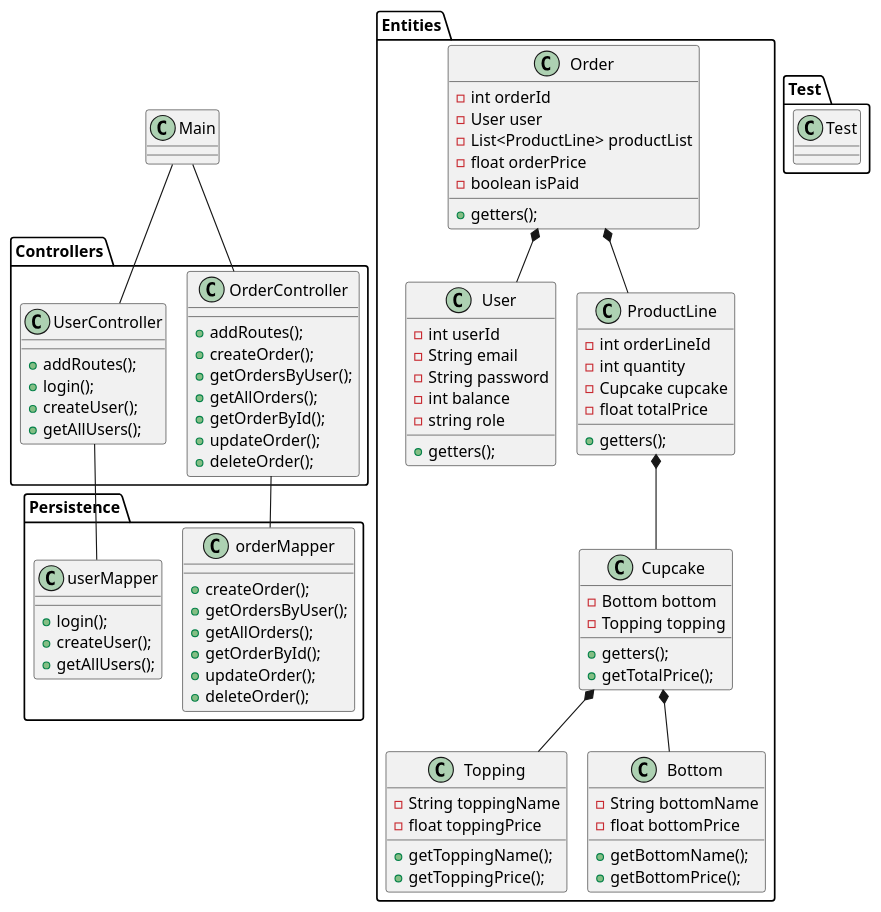
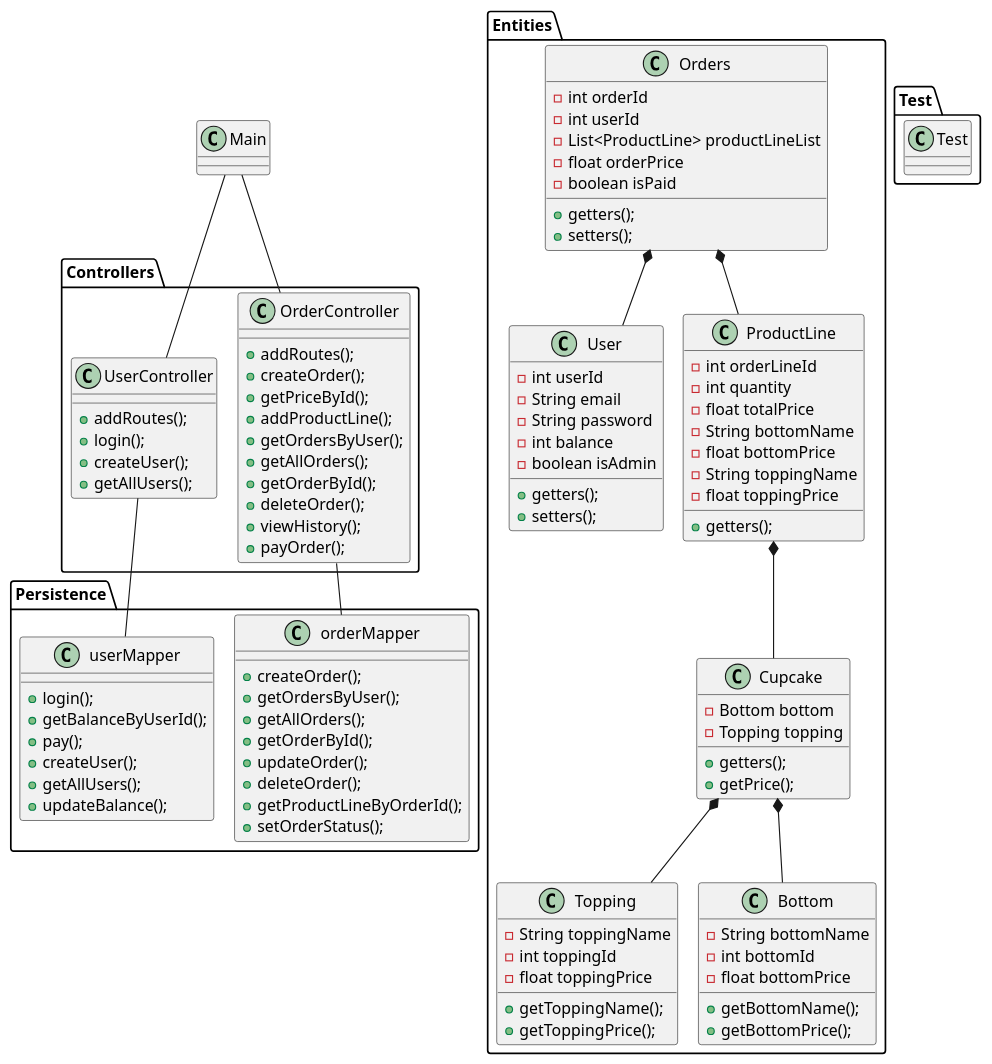
One commit to NightOwl-M/Cupcake-projekt changed the diagram in Docs/ClassDiagram.puml. Above: the diagram before and after it, drawn with PlantUML.

Commit message:
Opdateret klassediagram

```diff
--- a/Docs/ClassDiagram.puml
+++ b/Docs/ClassDiagram.puml
@@ -1,103 +1,118 @@
 @startuml
 !pragma Layout smetana
 
     class Main {
     }
 
 package "Entities" {
     class Cupcake {
     - Bottom bottom
     - Topping topping
     + getters();
-    + getTotalPrice();
+    + getPrice();
     }
 
     class Topping {
     - String toppingName
+    - int toppingId
     - float toppingPrice
     + getToppingName();
     + getToppingPrice();
     }
 
     class Bottom {
     - String bottomName
+    - int bottomId
     - float bottomPrice
     + getBottomName();
     + getBottomPrice();
     }
 
     class User {
     - int userId
     - String email
     - String password
     - int balance
-    - string role
+    - boolean isAdmin
     + getters();
+    + setters();
     }
     class ProductLine {
     - int orderLineId
     - int quantity
-    - Cupcake cupcake
     - float totalPrice
+    - String bottomName
+    - float bottomPrice
+    - String toppingName
+    - float toppingPrice
     + getters();
     }
 
-    class Order {
+    class Orders {
     - int orderId
-    - User user
-    - List<ProductLine> productList
+    - int userId
+    - List<ProductLine> productLineList
     - float orderPrice
     - boolean isPaid
     + getters();
+    + setters();
     }
 }
 Cupcake *-- Topping
 Cupcake *-- Bottom
 
 package "Persistence" {
     class orderMapper {
     + createOrder();
     + getOrdersByUser();
     + getAllOrders();
     + getOrderById();
     + updateOrder();
     + deleteOrder();
+    + getProductLineByOrderId();
+    + setOrderStatus();
     }
 class userMapper {
     + login();
+    + getBalanceByUserId();
+    + pay();
     + createUser();
     + getAllUsers();
+    + updateBalance();
     }
 }
-Order *-- ProductLine
-Order *-- User
+Orders *-- ProductLine
+Orders *-- User
 ProductLine *-- Cupcake
 
 package "Controllers" {
     class UserController {
     + addRoutes();
     + login();
     + createUser();
     + getAllUsers();
     }
 
     class OrderController {
     + addRoutes();
     + createOrder();
+    + getPriceById();
+    + addProductLine();
     + getOrdersByUser();
     + getAllOrders();
     + getOrderById();
-    + updateOrder();
     + deleteOrder();
+    + viewHistory();
+    + payOrder();
     }
 }
 package "Test" {
     class Test {
     }
 }
 Main -- UserController
 Main -- OrderController
 UserController -- userMapper
 OrderController -- orderMapper
 
 @enduml
```
